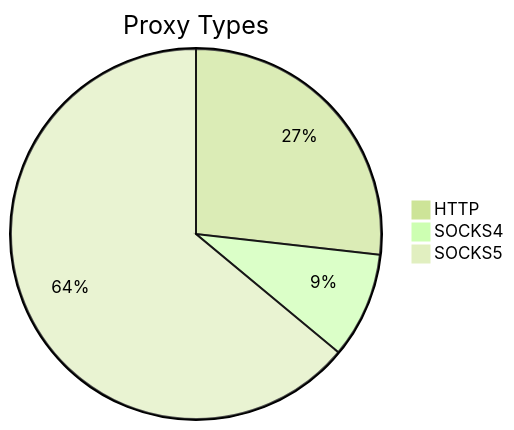
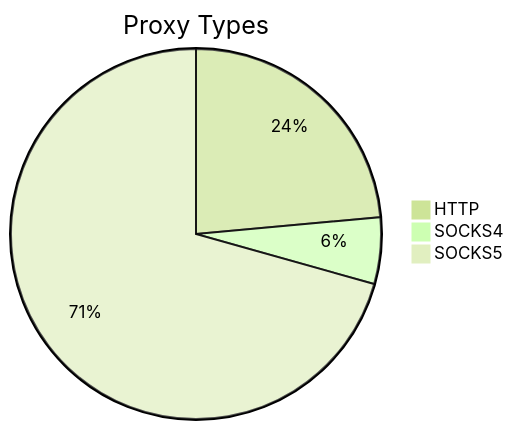
The first of 2 diagrams in README.md (stormsia/proxy-list), drawn with Mermaid (forest theme) before and after one commit. The commit also changed other lines of this file, not shown here.

````diff
--- a/README.md
+++ b/README.md
@@ -21,6 +21,6 @@
 ```mermaid
 pie title Proxy Types
-    "HTTP" : 142
-    "SOCKS4" : 49
-    "SOCKS5" : 339
+    "HTTP" : 138
+    "SOCKS4" : 34
+    "SOCKS5" : 414
 ```
````
